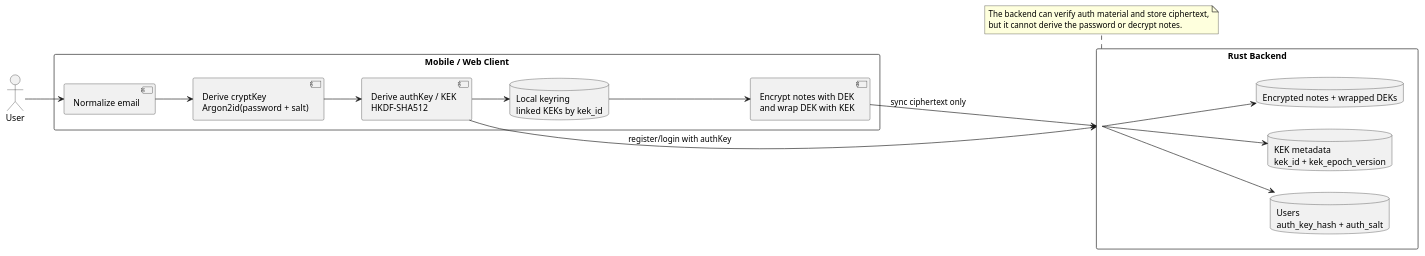
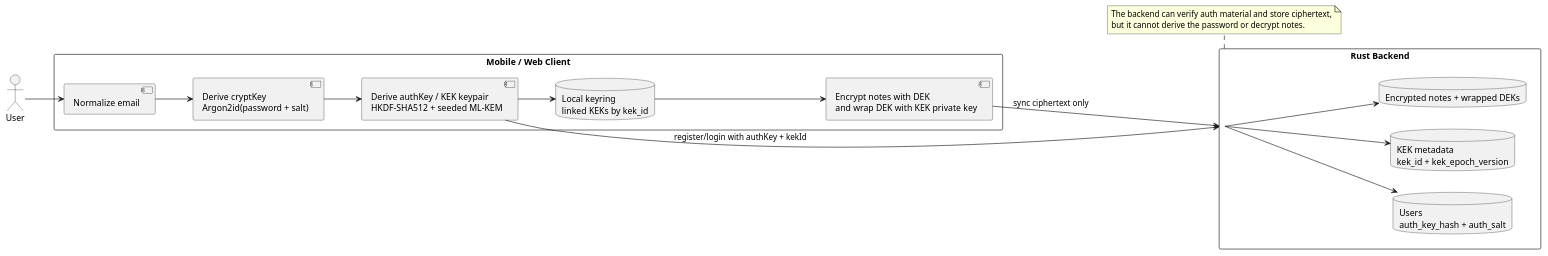
One commit to benedikt-weyer/preset-reactnative-expo-frontend-rust-backend-e2ee-github changed the first of 2 diagrams in apps/docs/docs/auth-e2ee.md. Above: the diagram before and after it, drawn with PlantUML. The commit also changed other lines of this file and 31 other files, not shown here.

First line of the commit message:
feat!: implement asymmetric KEK keypair management and encryption

````diff
--- a/apps/docs/docs/auth-e2ee.md
+++ b/apps/docs/docs/auth-e2ee.md
@@ -20,38 +20,38 @@
 ```plantuml format="svg_inline" alt="High-level auth and E2EE flow" title="High-level auth and E2EE flow"
 @startuml
 left to right direction
 skinparam shadowing false
 skinparam packageStyle rectangle
 
 actor User
 rectangle "Mobile / Web Client" as Client {
    component "Normalize email" as Normalize
    component "Derive cryptKey\nArgon2id(password + salt)" as Kdf
-   component "Derive authKey / KEK\nHKDF-SHA512" as Hkdf
-   component "Encrypt notes with DEK\nand wrap DEK with KEK" as Encrypt
+   component "Derive authKey / KEK keypair\nHKDF-SHA512 + seeded ML-KEM" as Hkdf
+   component "Encrypt notes with DEK\nand wrap DEK with KEK private key" as Encrypt
    database "Local keyring\nlinked KEKs by kek_id" as Keyring
 }
 
 rectangle "Rust Backend" as Backend {
    database "Users\nauth_key_hash + auth_salt" as Users
    database "KEK metadata\nkek_id + kek_epoch_version" as KekMeta
    database "Encrypted notes + wrapped DEKs" as Ciphertext
 }
 
 User --> Normalize
 Normalize --> Kdf
 Kdf --> Hkdf
 Hkdf --> Keyring
-Hkdf --> Backend : register/login with authKey
+Hkdf --> Backend : register/login with authKey + kekId
 Encrypt --> Backend : sync ciphertext only
 Keyring --> Encrypt
 Backend --> Users
 Backend --> KekMeta
 Backend --> Ciphertext
 
 note bottom of Backend
 The backend can verify auth material and store ciphertext,
 but it cannot derive the password or decrypt notes.
 end note
 @enduml
 ```
````
